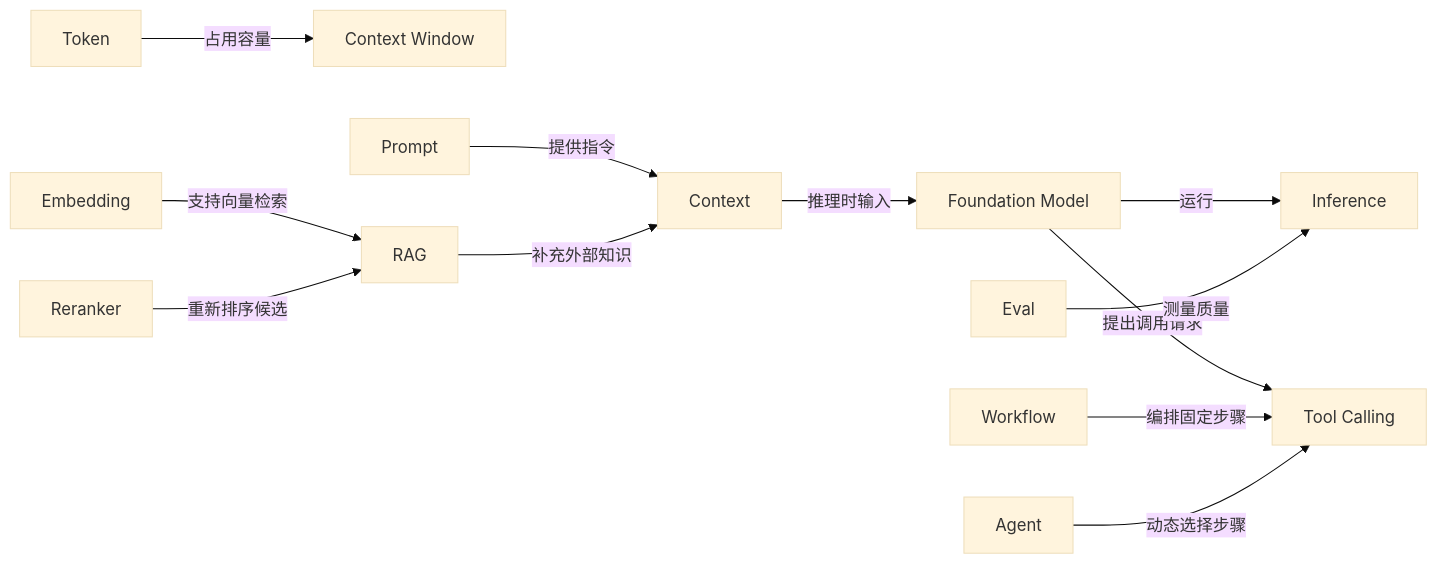
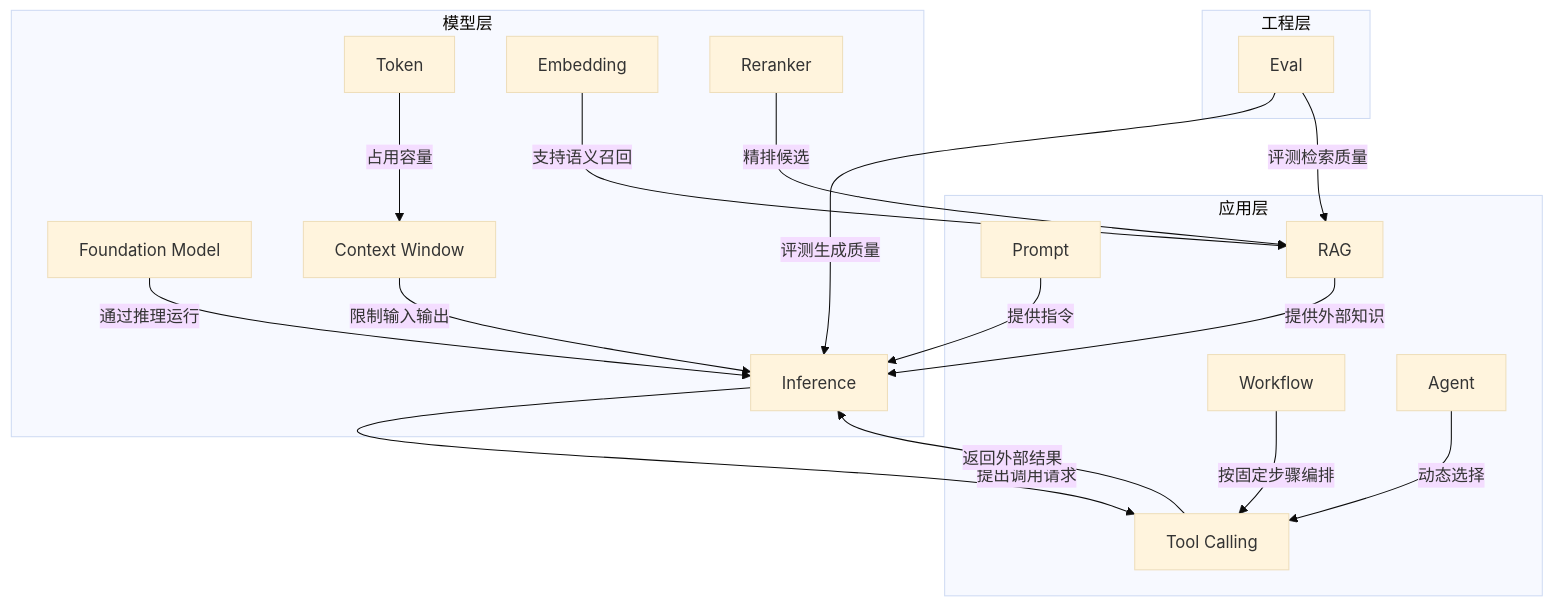
One commit to AmazingCaddy/ai-native changed diagram 12 of 13 in docs/review/day-01-review.md. Above: the diagram before and after it, drawn with Mermaid (base theme). The commit also changed other lines of this file and 22 other files, not shown here.

````diff
--- a/docs/review/day-01-review.md
+++ b/docs/review/day-01-review.md
@@ -372,14 +457,37 @@
 ```mermaid
-flowchart LR
-    TOKEN[Token] -->|占用容量| WINDOW[Context Window]
-    PROMPT[Prompt] -->|提供指令| CONTEXT[Context]
-    RAG[RAG] -->|补充外部知识| CONTEXT
-    EMB[Embedding] -->|支持向量检索| RAG
-    RERANK[Reranker] -->|重新排序候选| RAG
-    CONTEXT -->|推理时输入| MODEL[Foundation Model]
-    MODEL -->|运行| INFER[Inference]
-    MODEL -->|提出调用请求| TOOL[Tool Calling]
-    WORKFLOW[Workflow] -->|编排固定步骤| TOOL
-    AGENT[Agent] -->|动态选择步骤| TOOL
-    EVAL[Eval] -->|测量质量| INFER
+flowchart TB
+    subgraph ENGINEERING["工程层"]
+        EVAL["Eval"]
+    end
+
+    subgraph APPLICATION["应用层"]
+        PROMPT["Prompt"]
+        RAG["RAG"]
+        TOOL["Tool Calling"]
+        WORKFLOW["Workflow"]
+        AGENT["Agent"]
+    end
+
+    subgraph MODEL["模型层"]
+        FM["Foundation Model"]
+        INFER["Inference"]
+        TOKEN["Token"]
+        WINDOW["Context Window"]
+        EMB["Embedding"]
+        RERANK["Reranker"]
+    end
+
+    FM -->|通过推理运行| INFER
+    TOKEN -->|占用容量| WINDOW
+    WINDOW -->|限制输入输出| INFER
+    PROMPT -->|提供指令| INFER
+    EMB -->|支持语义召回| RAG
+    RERANK -->|精排候选| RAG
+    RAG -->|提供外部知识| INFER
+    INFER -->|提出调用请求| TOOL
+    TOOL -->|返回外部结果| INFER
+    WORKFLOW -->|按固定步骤编排| TOOL
+    AGENT -->|动态选择| TOOL
+    EVAL -->|评测生成质量| INFER
+    EVAL -->|评测检索质量| RAG
 ```
````
